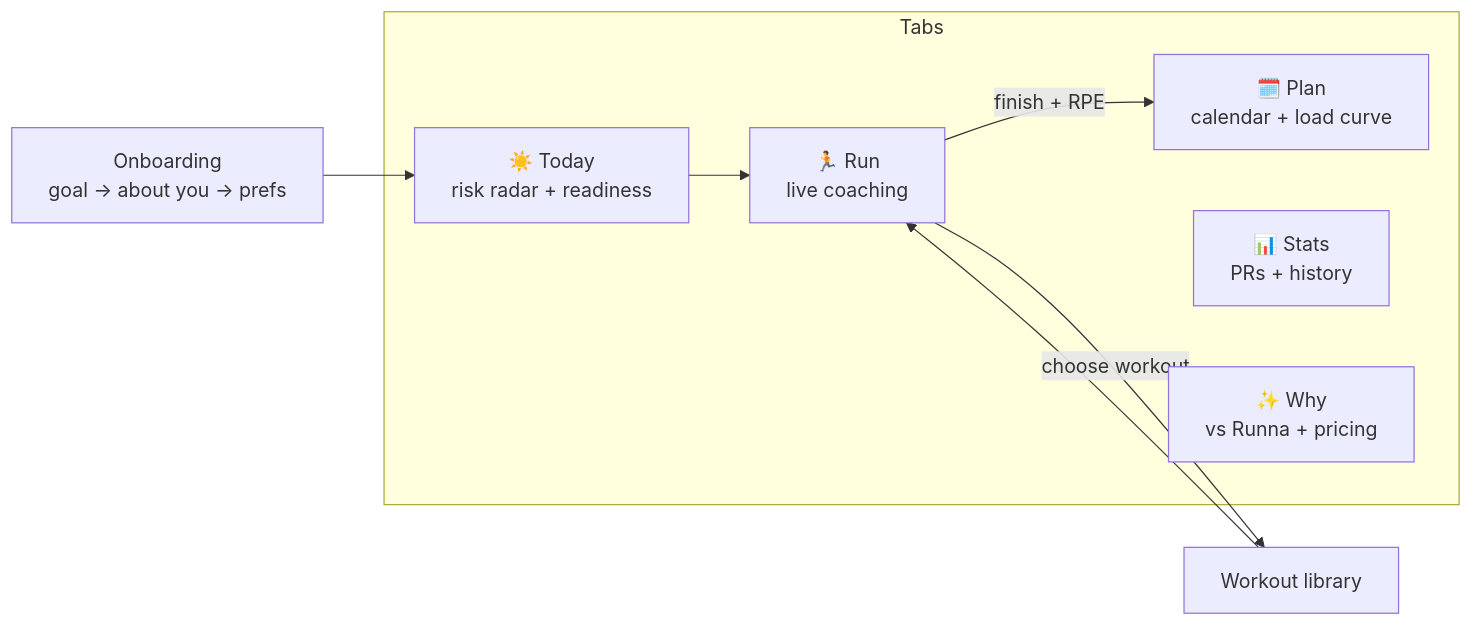
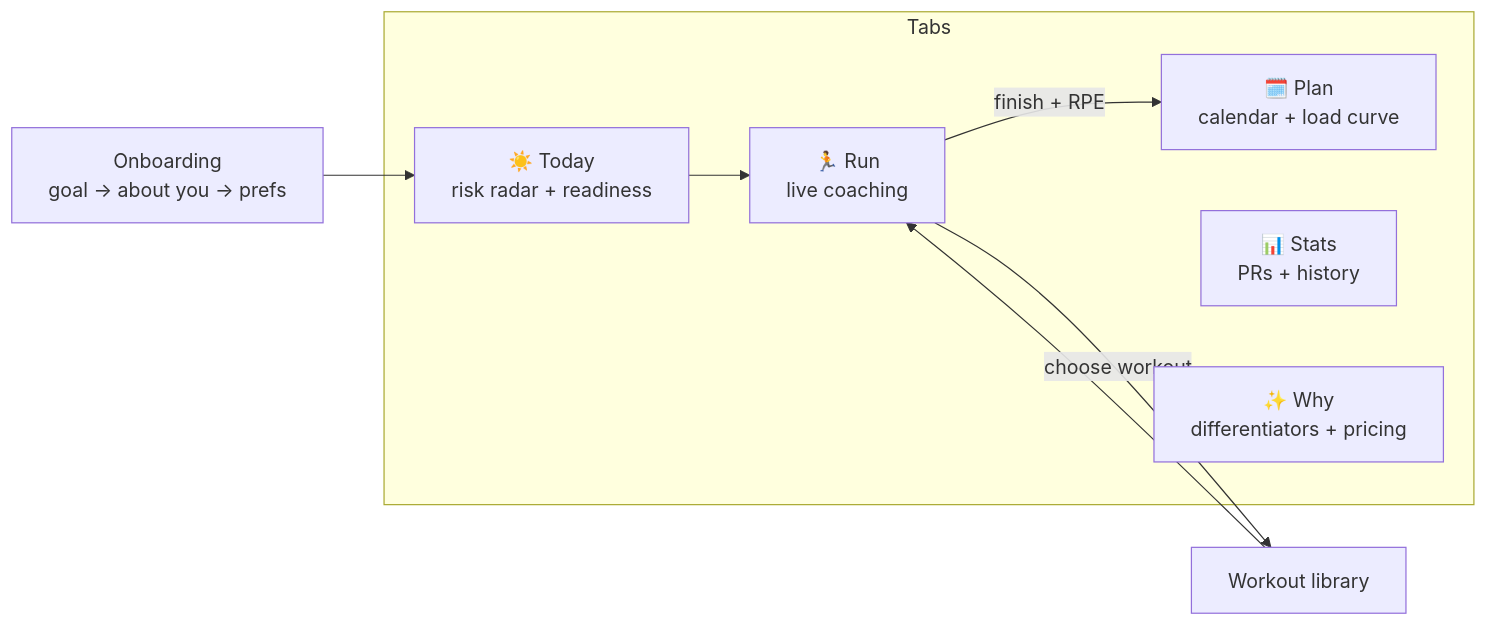
The second of 5 diagrams in README.md (soumyadg/stride-coach), drawn with Mermaid before and after one commit. The commit also changed other lines of this file and 5 other files, not shown here.

````diff
--- a/README.md
+++ b/README.md
@@ -101,15 +101,15 @@
 ```mermaid
 flowchart LR
     OB[Onboarding<br/>goal → about you → prefs] --> T
     subgraph Tabs
       T[☀️ Today<br/>risk radar + readiness]
       P[🗓️ Plan<br/>calendar + load curve]
       R[🏃 Run<br/>live coaching]
       S[📊 Stats<br/>PRs + history]
-      W[✨ Why<br/>vs Runna + pricing]
+      W[✨ Why<br/>differentiators + pricing]
     end
     T --> R
     R -->|choose workout| LIB[Workout library]
     LIB --> R
     R -->|finish + RPE| P
 ```
````
